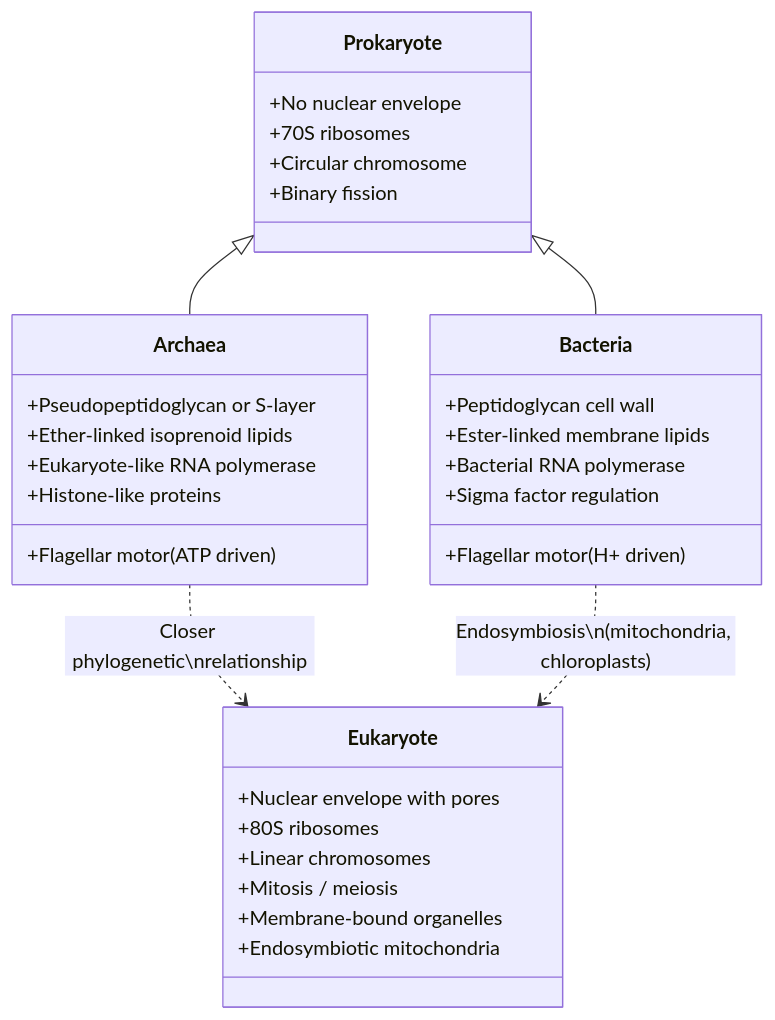
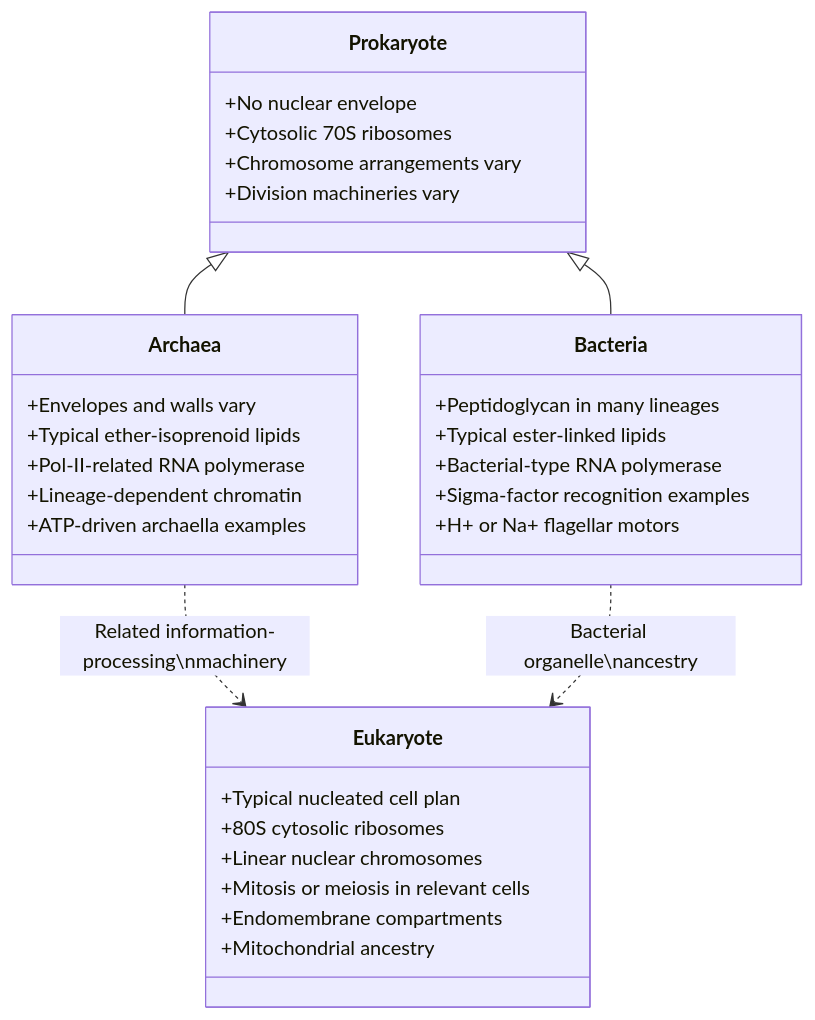
One commit to docxology/biology_textbook changed the third of 3 diagrams in docs/manuscript/unit_II/cell_theory.md. Above: the diagram before and after it, drawn with Mermaid. The commit also changed other lines of this file and 12 other files, not shown here.

````diff
--- a/docs/manuscript/unit_II/cell_theory.md
+++ b/docs/manuscript/unit_II/cell_theory.md
@@ -399,36 +399,36 @@
 ```mermaid
 classDiagram
     class Prokaryote {
         +No nuclear envelope
-        +70S ribosomes
-        +Circular chromosome
-        +Binary fission
+        +Cytosolic 70S ribosomes
+        +Chromosome arrangements vary
+        +Division machineries vary
     }
     class Bacteria {
-        +Peptidoglycan cell wall
-        +Ester-linked membrane lipids
-        +Bacterial RNA polymerase
-        +Sigma factor regulation
-        +Flagellar motor (H+ driven)
+        +Peptidoglycan in many lineages
+        +Typical ester-linked lipids
+        +Bacterial-type RNA polymerase
+        +Sigma-factor recognition examples
+        +H+ or Na+ flagellar motors
     }
     class Archaea {
-        +Pseudopeptidoglycan or S-layer
-        +Ether-linked isoprenoid lipids
-        +Eukaryote-like RNA polymerase
-        +Histone-like proteins
-        +Flagellar motor (ATP driven)
+        +Envelopes and walls vary
+        +Typical ether-isoprenoid lipids
+        +Pol-II-related RNA polymerase
+        +Lineage-dependent chromatin
+        +ATP-driven archaella examples
     }
     class Eukaryote {
-        +Nuclear envelope with pores
-        +80S ribosomes
-        +Linear chromosomes
-        +Mitosis / meiosis
-        +Membrane-bound organelles
-        +Endosymbiotic mitochondria
+        +Typical nucleated cell plan
+        +80S cytosolic ribosomes
+        +Linear nuclear chromosomes
+        +Mitosis or meiosis in relevant cells
+        +Endomembrane compartments
+        +Mitochondrial ancestry
     }
 
     Prokaryote <|-- Bacteria
     Prokaryote <|-- Archaea
-    Archaea ..> Eukaryote : Closer phylogenetic\nrelationship
-    Bacteria ..> Eukaryote : Endosymbiosis\n(mitochondria, chloroplasts)
+    Archaea ..> Eukaryote : Related information-processing\nmachinery
+    Bacteria ..> Eukaryote : Bacterial organelle\nancestry
 ```
````
